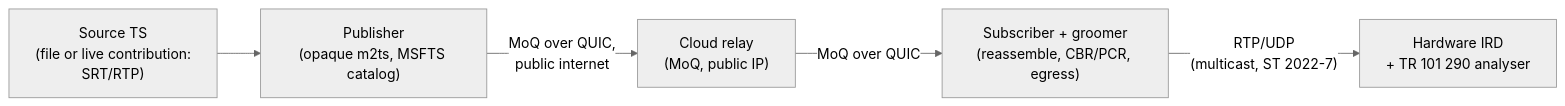
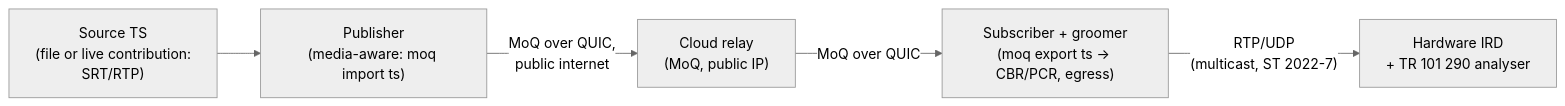
The diagram in docs/implementation.md (tdrapier-wbd/moq-mpegts-paper), drawn with Mermaid (neutral theme) before and after one commit. The commit also changed other lines of this file and 12 other files, not shown here.

````diff
--- a/docs/implementation.md
+++ b/docs/implementation.md
@@ -77,10 +79,10 @@
 ```mermaid
 flowchart LR
     SRC["Source TS\n(file or live contribution:\nSRT/RTP)"]
-    PUB["Publisher\n(opaque m2ts, MSFTS catalog)"]
+    PUB["Publisher\n(media-aware: moq import ts)"]
     RELAY["Cloud relay\n(MoQ, public IP)"]
-    SUB["Subscriber + groomer\n(reassemble, CBR/PCR, egress)"]
+    SUB["Subscriber + groomer\n(moq export ts → CBR/PCR, egress)"]
     IRD["Hardware IRD\n+ TR 101 290 analyser"]
 
     SRC --> PUB -->|MoQ over QUIC,\npublic internet| RELAY -->|MoQ over QUIC| SUB -->|"RTP/UDP\n(multicast, ST 2022-7)"| IRD
 ```
````
